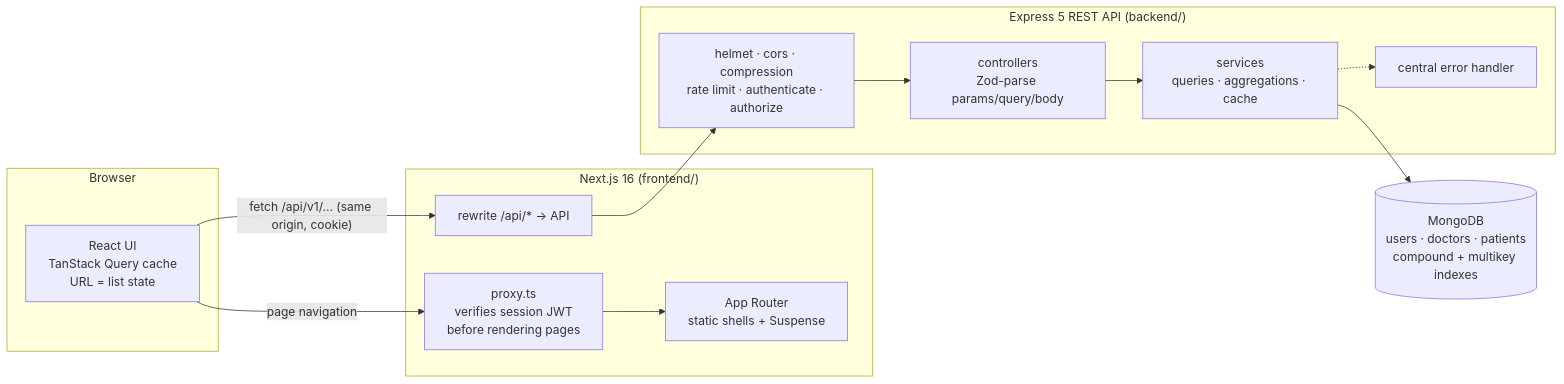
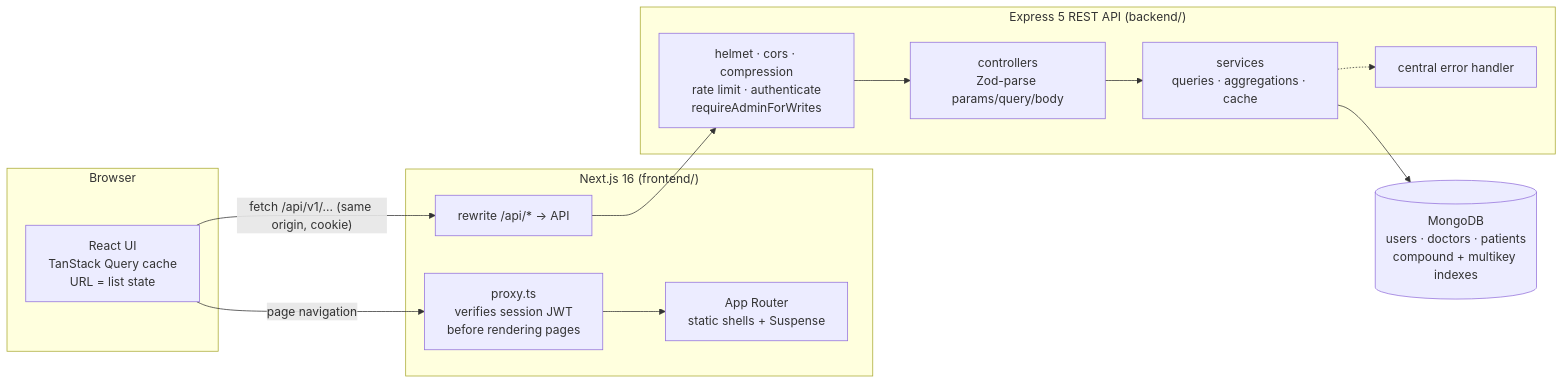
One commit to cenedyportfolio-byte/doctor-tracker changed the first of 2 diagrams in README.md. Above: the diagram before and after it, drawn with Mermaid. The commit also changed other lines of this file and 19 other files, not shown here.

````diff
--- a/README.md
+++ b/README.md
@@ -126,25 +137,25 @@
 ```mermaid
 flowchart LR
     subgraph Browser
         UI["React UI<br/>TanStack Query cache<br/>URL = list state"]
     end
 
     subgraph Web["Next.js 16 (frontend/)"]
         PX["proxy.ts<br/>verifies session JWT<br/>before rendering pages"]
         RSC["App Router<br/>static shells + Suspense"]
         RW["rewrite /api/* → API"]
     end
 
     subgraph API["Express 5 REST API (backend/)"]
-        MW["helmet · cors · compression<br/>rate limit · authenticate · authorize"]
+        MW["helmet · cors · compression<br/>rate limit · authenticate<br/>requireAdminForWrites"]
         CT["controllers<br/>Zod-parse params/query/body"]
         SV["services<br/>queries · aggregations · cache"]
         EH["central error handler"]
     end
 
     DB[("MongoDB<br/>users · doctors · patients<br/>compound + multikey indexes")]
 
     UI -- "page navigation" --> PX --> RSC
     UI -- "fetch /api/v1/... (same origin, cookie)" --> RW --> MW --> CT --> SV --> DB
     SV -.-> EH
 ```
````
